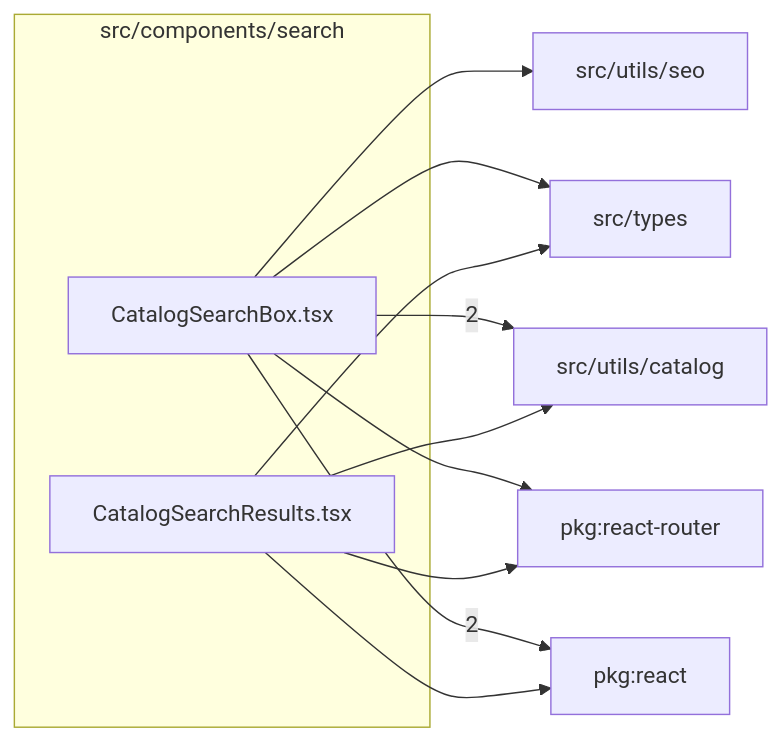
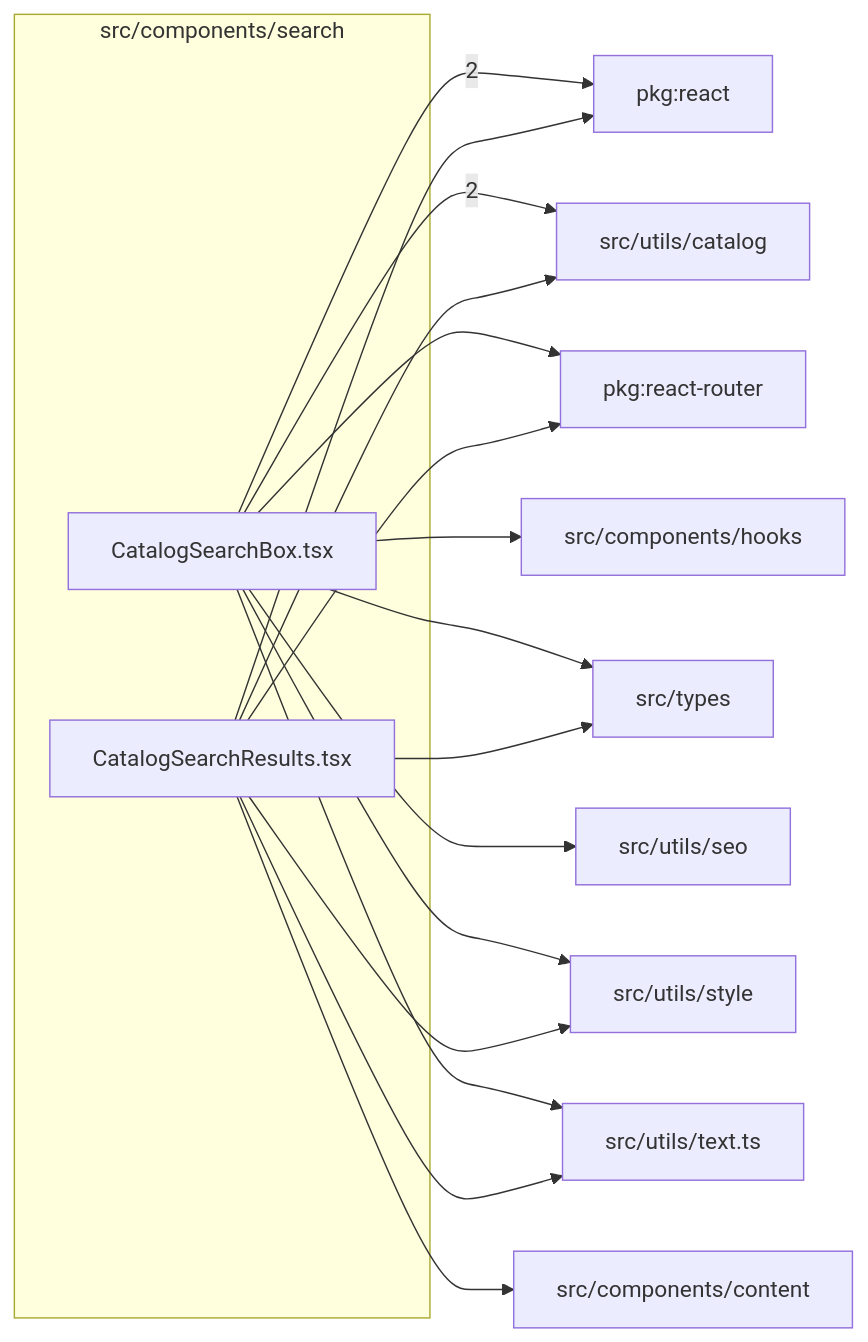
One commit to ronbuening/LensVisualizer changed the diagram in src/components/search/readme.md. Above: the diagram before and after it, drawn with Mermaid. The commit also changed other lines of this file and 149 other files, not shown here.

````diff
--- a/src/components/search/readme.md
+++ b/src/components/search/readme.md
@@ -9,21 +9,31 @@
 ```mermaid
 flowchart LR
   subgraph n_src_components_search["src/components/search"]
     n_src_components_search_src_components_search_CatalogSearchBox_tsx["CatalogSearchBox.tsx"]
     n_src_components_search_src_components_search_CatalogSearchResults_tsx["CatalogSearchResults.tsx"]
   end
   n_external_pkg_react["pkg:react"]
   n_external_src_utils_catalog["src/utils/catalog"]
   n_external_pkg_react_router["pkg:react-router"]
+  n_external_src_components_content["src/components/content"]
+  n_external_src_components_hooks["src/components/hooks"]
   n_external_src_types["src/types"]
   n_external_src_utils_seo["src/utils/seo"]
+  n_external_src_utils_style["src/utils/style"]
+  n_external_src_utils_text_ts["src/utils/text.ts"]
   n_src_components_search_src_components_search_CatalogSearchBox_tsx --> |2| n_external_pkg_react
   n_src_components_search_src_components_search_CatalogSearchBox_tsx --> |2| n_external_src_utils_catalog
   n_src_components_search_src_components_search_CatalogSearchResults_tsx --> n_external_pkg_react
   n_src_components_search_src_components_search_CatalogSearchBox_tsx --> n_external_pkg_react_router
   n_src_components_search_src_components_search_CatalogSearchResults_tsx --> n_external_pkg_react_router
+  n_src_components_search_src_components_search_CatalogSearchResults_tsx --> n_external_src_components_content
+  n_src_components_search_src_components_search_CatalogSearchBox_tsx --> n_external_src_components_hooks
   n_src_components_search_src_components_search_CatalogSearchBox_tsx --> n_external_src_types
   n_src_components_search_src_components_search_CatalogSearchResults_tsx --> n_external_src_types
   n_src_components_search_src_components_search_CatalogSearchResults_tsx --> n_external_src_utils_catalog
   n_src_components_search_src_components_search_CatalogSearchBox_tsx --> n_external_src_utils_seo
+  n_src_components_search_src_components_search_CatalogSearchBox_tsx --> n_external_src_utils_style
+  n_src_components_search_src_components_search_CatalogSearchResults_tsx --> n_external_src_utils_style
+  n_src_components_search_src_components_search_CatalogSearchBox_tsx --> n_external_src_utils_text_ts
+  n_src_components_search_src_components_search_CatalogSearchResults_tsx --> n_external_src_utils_text_ts
 ```
````
